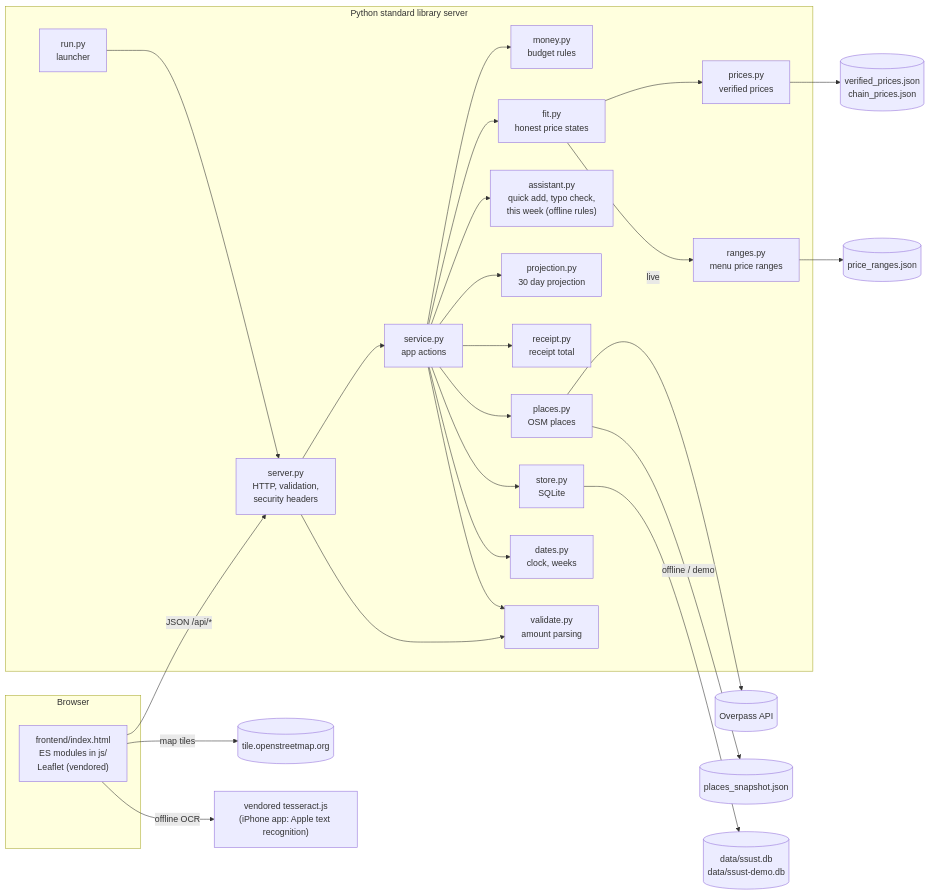
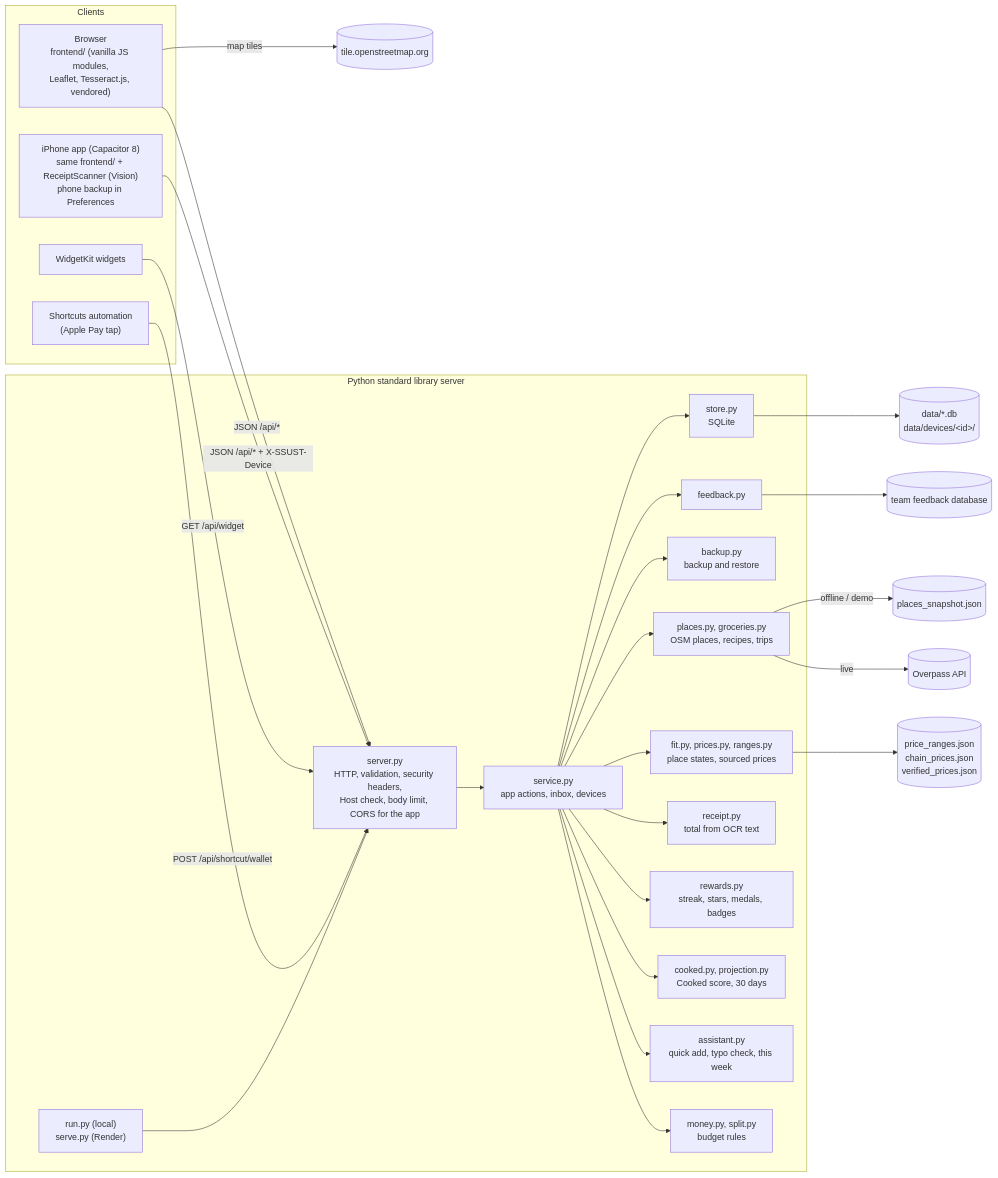
The diagram in README.md (Viethoang18112007/SMBP-Finhack-JustMATH), drawn with Mermaid before and after one commit. The commit also changed other lines of this file and 1 other file, not shown here.

Commit message:
Rewrite the README for the submission: live demo, features, limits, iPhone build, data and backup

````diff
--- a/README.md
+++ b/README.md
@@ -352,30 +167,33 @@
 ```mermaid
 flowchart LR
-    subgraph Browser
-        UI["frontend/index.html<br/>ES modules in js/<br/>Leaflet (vendored)"]
+    subgraph Clients
+        WEB["Browser<br/>frontend/ (vanilla JS modules,<br/>Leaflet, Tesseract.js, vendored)"]
+        IOS["iPhone app (Capacitor 8)<br/>same frontend/ + ReceiptScanner (Vision)<br/>phone backup in Preferences"]
+        WID["WidgetKit widgets"]
+        SC["Shortcuts automation<br/>(Apple Pay tap)"]
     end
     subgraph "Python standard library server"
-        RUN["run.py<br/>launcher"] --> SRV["server.py<br/>HTTP, validation,<br/>security headers"]
-        SRV --> SVC["service.py<br/>app actions"]
-        SVC --> MONEY["money.py<br/>budget rules"]
-        SVC --> FIT["fit.py<br/>honest price states"]
-        FIT --> PRICES["prices.py<br/>verified prices"]
-        FIT --> RANGES["ranges.py<br/>menu price ranges"]
-        SVC --> ASSIST["assistant.py<br/>quick add, typo check,<br/>this week (offline rules)"]
-        SVC --> PROJ["projection.py<br/>30 day projection"]
-        SVC --> RECEIPT["receipt.py<br/>receipt total"]
-        SVC --> PLACES["places.py<br/>OSM places"]
+        RUN["run.py (local)<br/>serve.py (Render)"] --> SRV["server.py<br/>HTTP, validation, security headers,<br/>Host check, body limit, CORS for the app"]
+        SRV --> SVC["service.py<br/>app actions, inbox, devices"]
+        SVC --> MONEY["money.py, split.py<br/>budget rules"]
+        SVC --> ASSIST["assistant.py<br/>quick add, typo check, this week"]
+        SVC --> SCORE["cooked.py, projection.py<br/>Cooked score, 30 days"]
+        SVC --> REW["rewards.py<br/>streak, stars, medals, badges"]
+        SVC --> RECEIPT["receipt.py<br/>total from OCR text"]
+        SVC --> FIT["fit.py, prices.py, ranges.py<br/>place states, sourced prices"]
+        SVC --> PLACES["places.py, groceries.py<br/>OSM places, recipes, trips"]
+        SVC --> BACKUP["backup.py<br/>backup and restore"]
+        SVC --> FEED["feedback.py"]
         SVC --> STORE["store.py<br/>SQLite"]
-        SVC --> DATES["dates.py<br/>clock, weeks"]
-        SRV --> VAL["validate.py<br/>amount parsing"]
-        SVC --> VAL
     end
-    UI -- "JSON /api/*" --> SRV
-    UI -- "map tiles" --> TILES[("tile.openstreetmap.org")]
-    STORE --> DB[("data/ssust.db<br/>data/ssust-demo.db")]
+    WEB -- "JSON /api/*" --> SRV
+    IOS -- "JSON /api/* + X-SSUST-Device" --> SRV
+    WID -- "GET /api/widget" --> SRV
+    SC -- "POST /api/shortcut/wallet" --> SRV
+    STORE --> DB[("data/*.db<br/>data/devices/&lt;id&gt;/")]
     PLACES -- "live" --> OVP[("Overpass API")]
     PLACES -- "offline / demo" --> SNAP[("places_snapshot.json")]
-    PRICES --> VER[("verified_prices.json<br/>chain_prices.json")]
-    RANGES --> RNG[("price_ranges.json")]
-    UI -- "offline OCR" --> OCR["vendored tesseract.js<br/>(iPhone app: Apple text recognition)"]
+    FIT --> PDATA[("price_ranges.json<br/>chain_prices.json<br/>verified_prices.json")]
+    FEED --> HUB[("team feedback database")]
+    WEB -- "map tiles" --> TILES[("tile.openstreetmap.org")]
 ```
````
